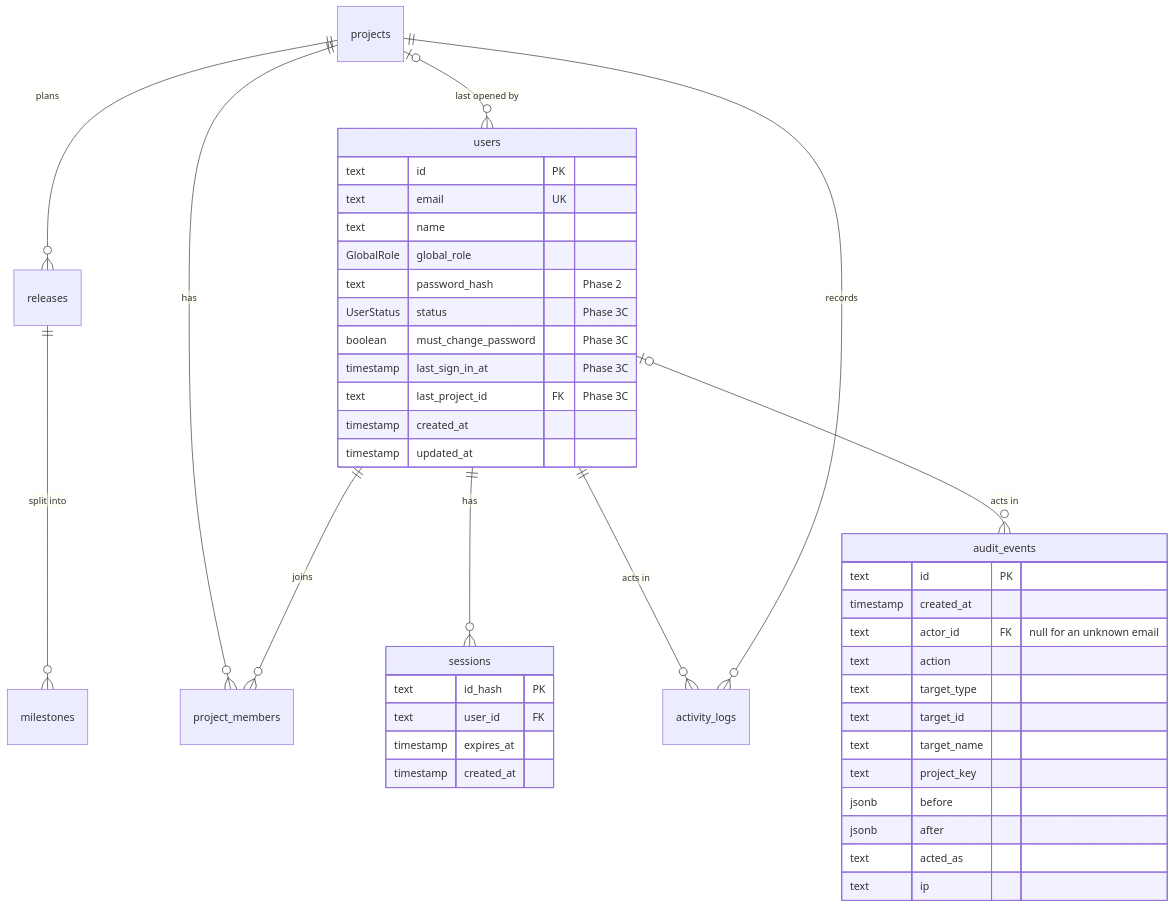
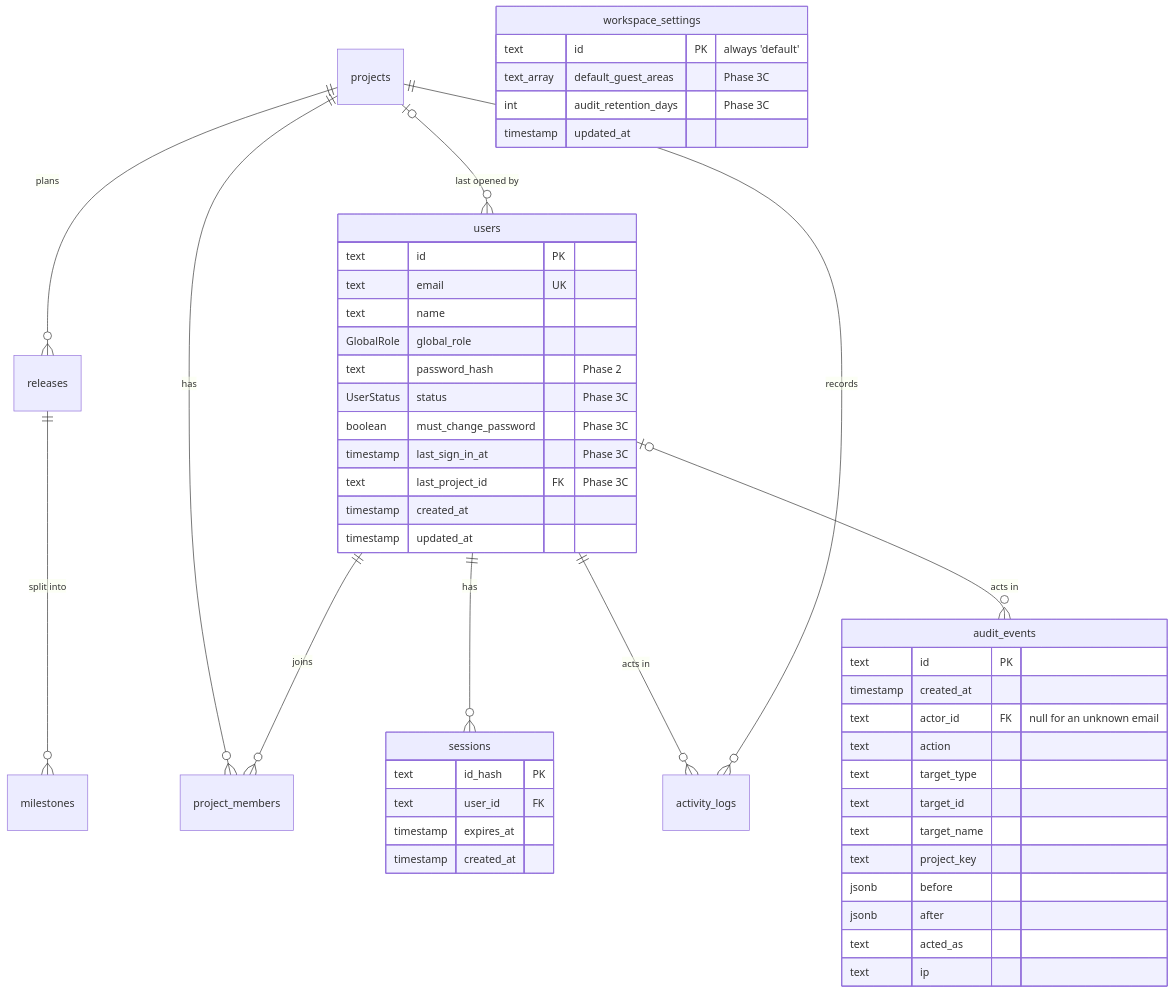
The diagram in docs/database/README.md (RITA-CHANN/qa-work-management), drawn with Mermaid before and after one commit. The commit also changed other lines of this file and 49 other files, not shown here.

First line of the commit message:
docs: Guest access, workspace settings and admin project endpoints; Guest sees no hidden release data

````diff
--- a/docs/database/README.md
+++ b/docs/database/README.md
@@ -30,45 +31,51 @@
 ```mermaid
 erDiagram
     users ||--o{ sessions : "has"
     users ||--o{ project_members : "joins"
     projects ||--o{ project_members : "has"
     projects ||--o{ releases : "plans"
     releases ||--o{ milestones : "split into"
     projects ||--o{ activity_logs : "records"
     users ||--o{ activity_logs : "acts in"
     users |o--o{ audit_events : "acts in"
     projects |o--o{ users : "last opened by"
     users {
         text id PK
         text email UK
         text name
         GlobalRole global_role
         text password_hash "Phase 2"
         UserStatus status "Phase 3C"
         boolean must_change_password "Phase 3C"
         timestamp last_sign_in_at "Phase 3C"
         text last_project_id FK "Phase 3C"
         timestamp created_at
         timestamp updated_at
     }
     audit_events {
         text id PK
         timestamp created_at
         text actor_id FK "null for an unknown email"
         text action
         text target_type
         text target_id
         text target_name
         text project_key
         jsonb before
         jsonb after
         text acted_as
         text ip
     }
+    workspace_settings {
+        text id PK "always 'default'"
+        text_array default_guest_areas "Phase 3C"
+        int audit_retention_days "Phase 3C"
+        timestamp updated_at
+    }
     sessions {
         text id_hash PK
         text user_id FK
         timestamp expires_at
         timestamp created_at
     }
 ```
````
